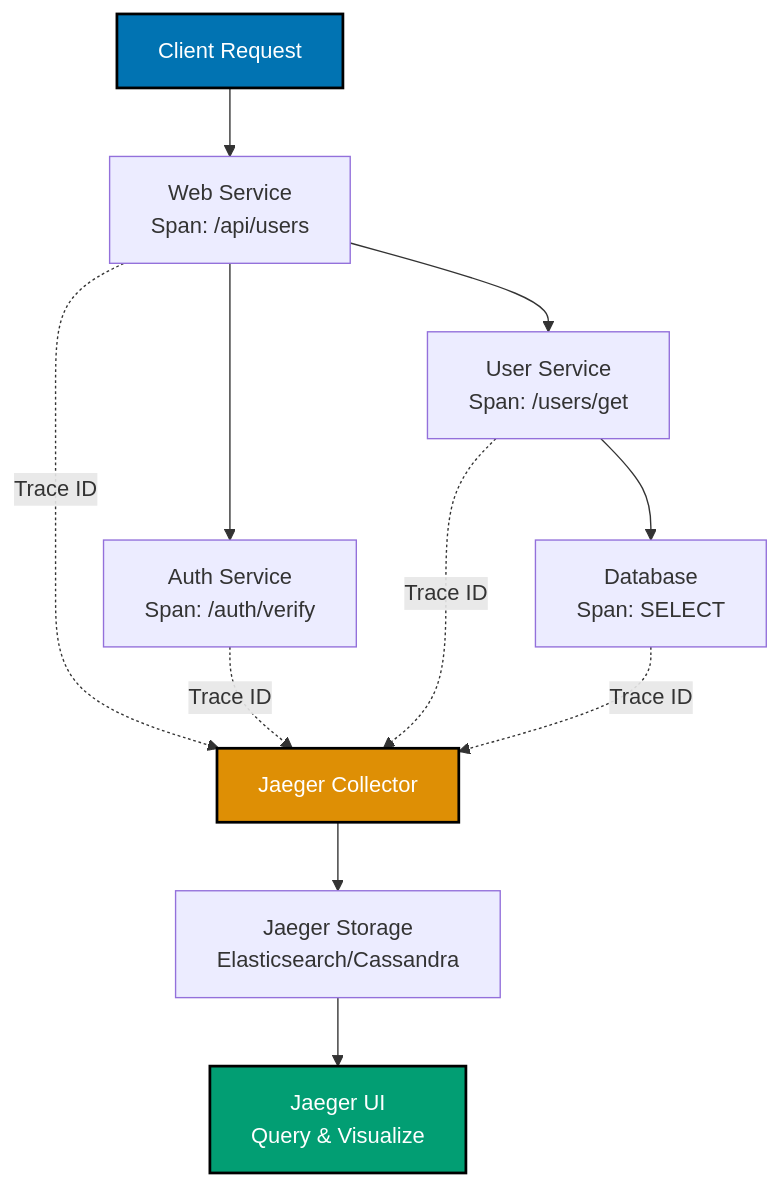
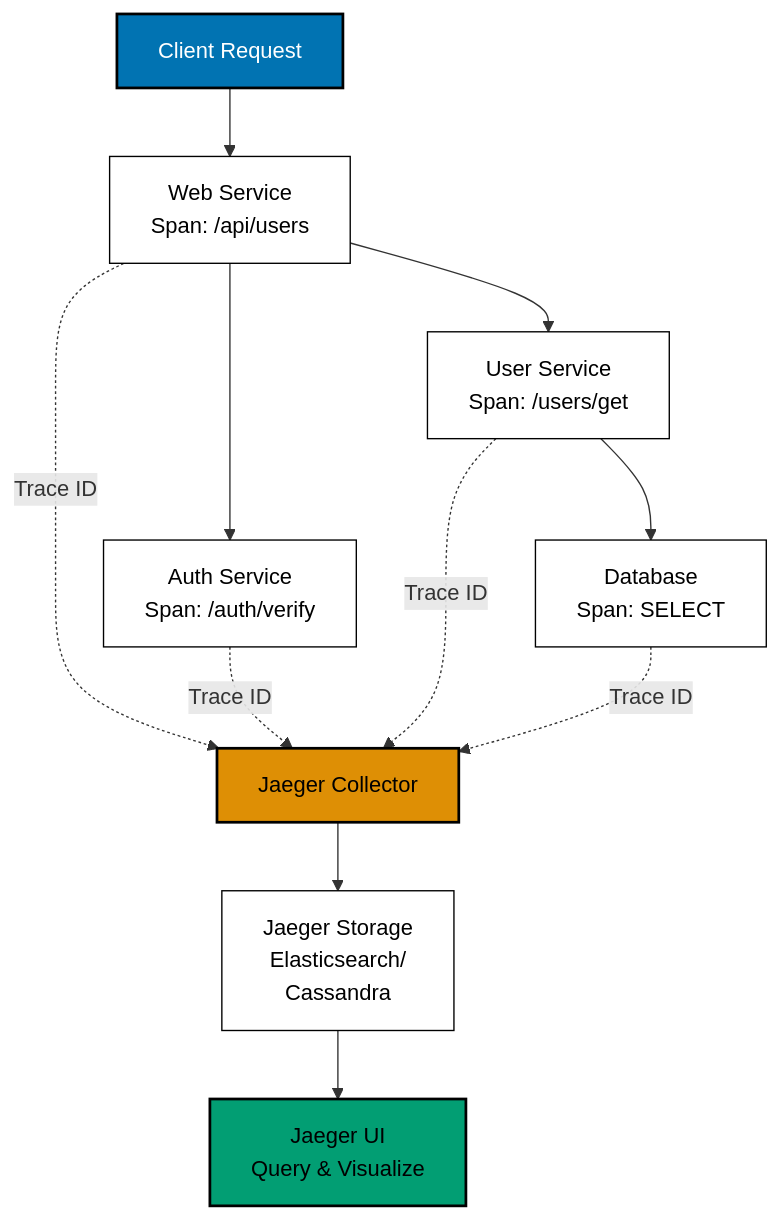
One commit to wahidyankf/ose-public changed diagram 12 of 14 in apps/ayokoding-www/content/en/learn/legacy/software-engineering/infrastructure/tools/docker/by-example/advanced.md. Above: the diagram before and after it, drawn with Mermaid. The commit also changed other lines of this file and 131 other files, not shown here.

First line of the commit message:
fix(mermaid): bring the legacy data, infrastructure, and testing diagrams onto the accessible palette

````diff
--- a/apps/ayokoding-www/content/en/learn/legacy/software-engineering/infrastructure/tools/docker/by-example/advanced.md
+++ b/apps/ayokoding-www/content/en/learn/legacy/software-engineering/infrastructure/tools/docker/by-example/advanced.md
@@ -2957,20 +3028,26 @@
 ```mermaid
 %% Color Palette: Blue #0173B2, Orange #DE8F05, Teal #029E73, Purple #CC78BC, Brown #CA9161
 graph TD
+ accTitle: Example 74: Distributed Tracing with Jaeger
+ accDescr: Graph with 9 nodes and 7 connections. Nodes: Client Request, Web Service Span: /api/users, Auth Service Span: /auth/verify, User Service Span: /users/get, Database Span: SELECT, F, Jaeger Storage Elasticsearch/ Cassandra, H, Visualize. Connections: Client Request to Web Service Span: /api/users, Web Service Span: /api/users to Auth Service Span: /auth/verify, Web Service Span: /api/users to User Service Span: /users/get, User Service Span: /users/get to Database Span: SELECT, F to Jaeger Storage Elasticsearch/ Cassandra, Jaeger Storage Elasticsearch/ Cassandra to H, Jaeger Storage Elasticsearch/ Cassandra to Visualize.
  A["Client Request"] --> B["Web Service<br/>Span: /api/users"]
  B --> C["Auth Service<br/>Span: /auth/verify"]
  B --> D["User Service<br/>Span: /users/get"]
  D --> E["Database<br/>Span: SELECT"]
 
  B -.Trace ID.-> F["Jaeger Collector"]
  C -.Trace ID.-> F
  D -.Trace ID.-> F
  E -.Trace ID.-> F
 
- F --> G["Jaeger Storage<br/>Elasticsearch/Cassandra"]
+ F --> G["Jaeger Storage<br/>Elasticsearch/<br/>Cassandra"]
  G --> H["Jaeger UI<br/>Query & Visualize"]
 
- style A fill:#0173B2,stroke:#000000,stroke-width:2px,color:#fff
- style F fill:#DE8F05,stroke:#000000,stroke-width:2px,color:#fff
- style H fill:#029E73,stroke:#000000,stroke-width:2px,color:#fff
+ classDef pal-0173B2 fill:#0173B2,stroke:#000000,color:#FFFFFF,stroke-width:2px
+ class A pal-0173B2
+ classDef pal-DE8F05 fill:#DE8F05,stroke:#000000,color:#000000,stroke-width:2px
+ class F pal-DE8F05
+ classDef pal-029E73 fill:#029E73,stroke:#000000,color:#000000,stroke-width:2px
+ class H pal-029E73
+ classDef default fill:#FFFFFF,stroke:#000000,color:#000000
 ```
````
